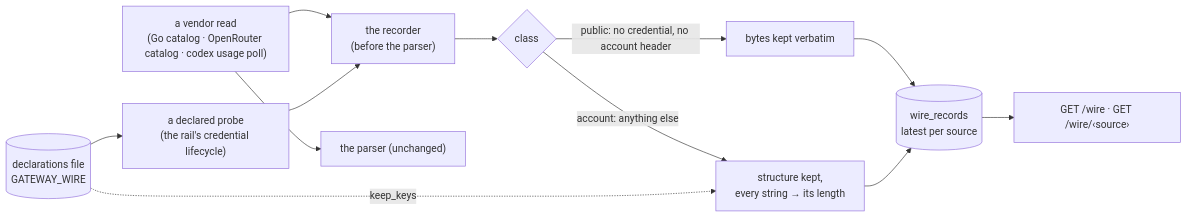
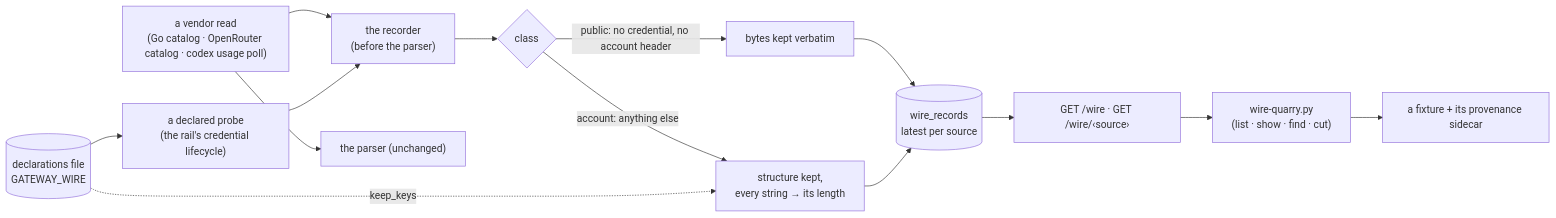
One commit to teststuffstash/homelab changed the diagram in gateway/specs/endpoints/wire.md. Above: the diagram before and after it, drawn with Mermaid. The commit also changed other lines of this file and 6 other files, not shown here.

First line of the commit message:
gateway: GW-WIRE-QUARRY — wire-quarry.py reads the wire door and cuts a fixture with its provenance (#3303)

````diff
--- a/gateway/specs/endpoints/wire.md
+++ b/gateway/specs/endpoints/wire.md
@@ -27,17 +28,20 @@
 ```mermaid
 flowchart LR
   R["a vendor read\n(Go catalog · OpenRouter catalog · codex usage poll)"] --> W["the recorder\n(before the parser)"]
   W --> C{"class"}
   C -->|public: no credential, no account header| V["bytes kept verbatim"]
   C -->|account: anything else| S["structure kept,\nevery string → its length"]
   V --> T[("wire_records\nlatest per source")]
   S --> T
   R --> P["the parser (unchanged)"]
   F[("declarations file\nGATEWAY_WIRE")] --> Q["a declared probe\n(the rail's credential lifecycle)"]
   Q --> W
   F -. keep_keys .-> S
   T --> D["GET /wire · GET /wire/‹source›"]
   click W href "#gw-wire-record" "GW-WIRE-RECORD" _self
+  D --> K["wire-quarry.py\n(list · show · find · cut)"]
+  K --> X["a fixture + its provenance sidecar"]
   click D href "#gw-wire-view" "GW-WIRE-VIEW" _self
   click Q href "#gw-wire-probe" "GW-WIRE-PROBE" _self
+  click K href "#gw-wire-quarry" "GW-WIRE-QUARRY" _self
 ```
````
